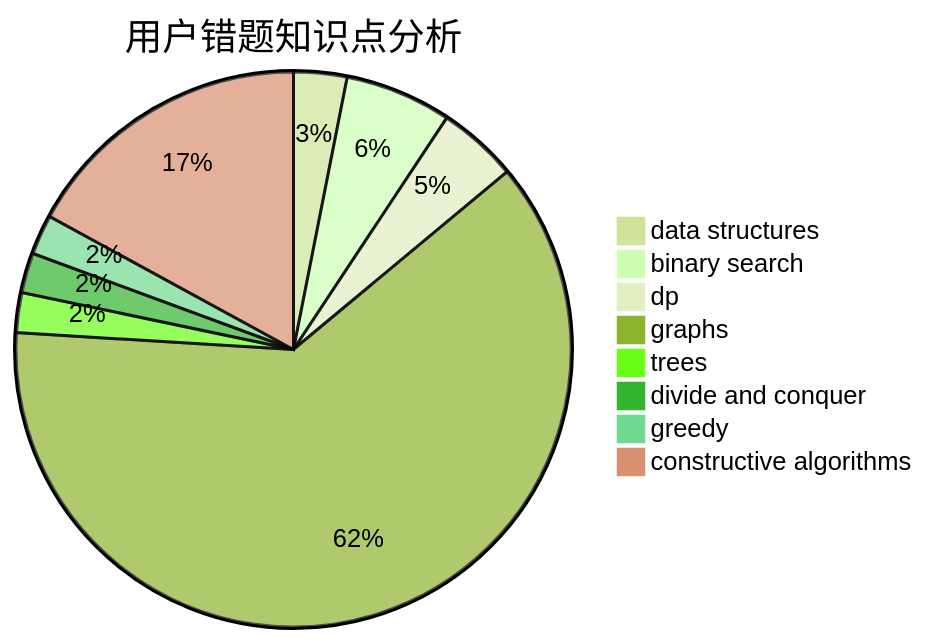
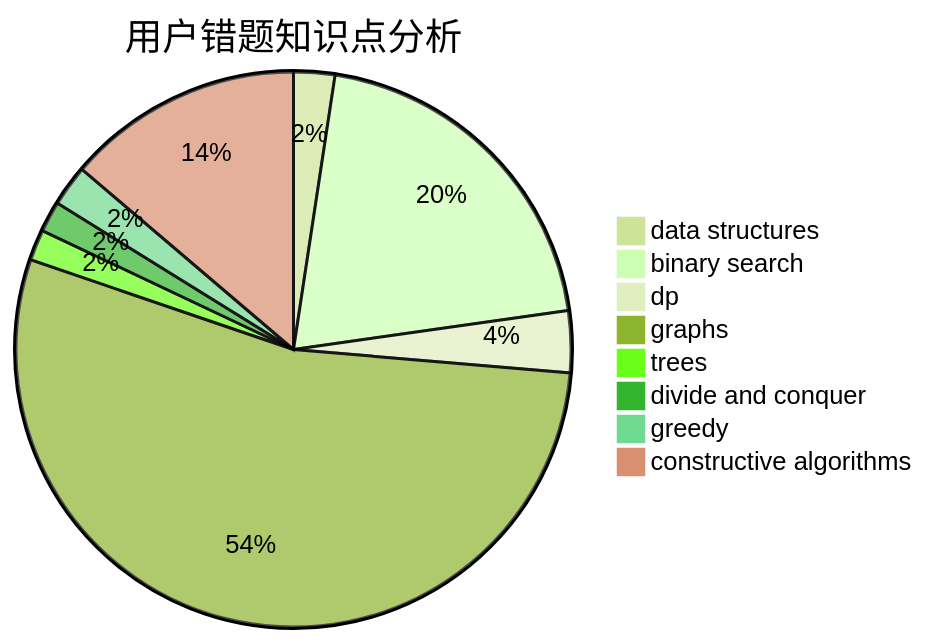
Before and after one commit to sherpahu/cfrs.github.io: the third of 3 diagrams in docs/user/u862.md, drawn with Mermaid (forest theme). The commit also changed other lines of this file and 2770 other files, not shown here.

````diff
--- a/docs/user/u862.md
+++ b/docs/user/u862.md
@@ -36,11 +36,11 @@
 ```mermaid
 pie title 用户错题知识点分析
     "data structures" :  4
-    "binary search" :  8
+    "binary search" :  34
     "dp" :  6
-    "graphs" :  80
+    "graphs" :  90
     "trees" :  3
     "divide and conquer" :  3
-    "greedy" :  3
-    "constructive algorithms" :  22
+    "greedy" :  4
+    "constructive algorithms" :  23
 ```
````
